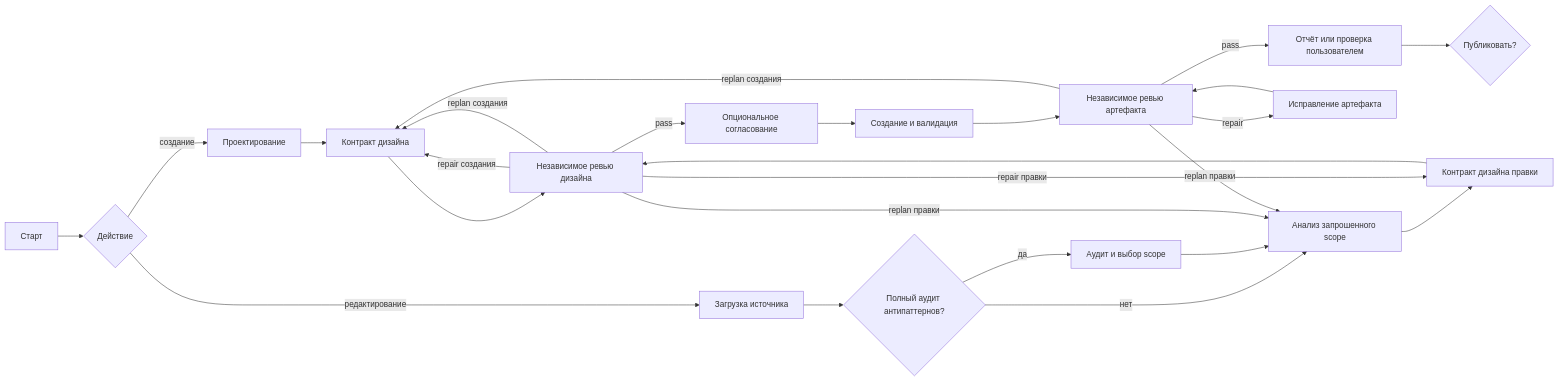
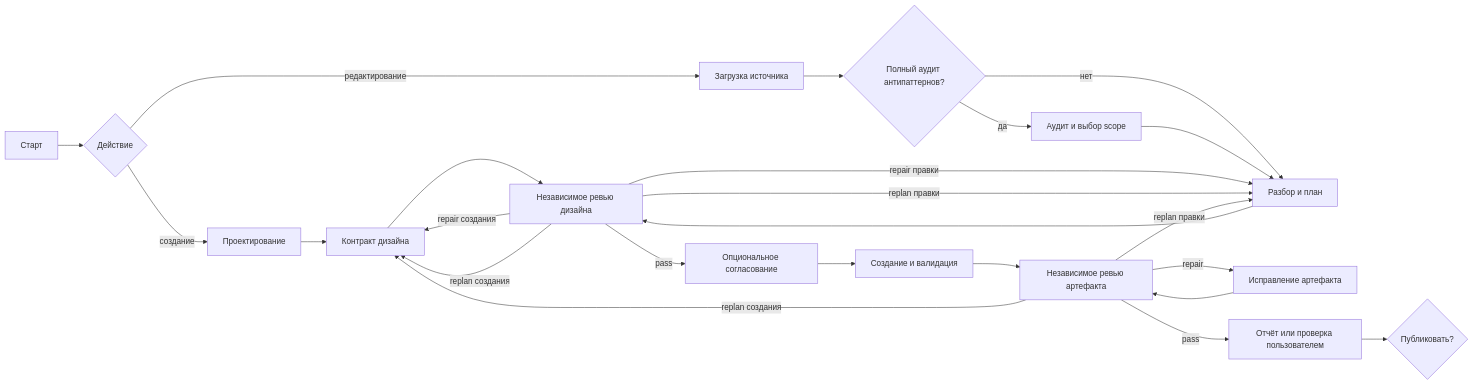
Before and after one commit to moira-mcp/moira: diagram 13 of 13 in packages/docs/src/content/docs/ru/docs/reference/workflow-templates.mdx, drawn with Mermaid. The commit also changed other lines of this file and 33 other files, not shown here.

````diff
--- a/packages/docs/src/content/docs/ru/docs/reference/workflow-templates.mdx
+++ b/packages/docs/src/content/docs/ru/docs/reference/workflow-templates.mdx
@@ -347,27 +347,26 @@
 ```mermaid
 flowchart LR
     A[Старт] --> B{Действие}
     B -->|создание| C[Проектирование]
     B -->|редактирование| D[Загрузка источника]
     D --> E{Полный аудит антипаттернов?}
     E -->|да| F[Аудит и выбор scope]
-    E -->|нет| G[Анализ запрошенного scope]
+    E -->|нет| G[Разбор и план]
     F --> G
     C --> H[Контракт дизайна]
-    G --> I[Контракт дизайна правки]
     H --> J[Независимое ревью дизайна]
-    I --> J
+    G --> J
     J -->|repair создания| H
-    J -->|repair правки| I
+    J -->|repair правки| G
     J -->|replan создания| H
     J -->|replan правки| G
     J -->|pass| K[Опциональное согласование]
     K --> L[Создание и валидация]
     L --> M[Независимое ревью артефакта]
     M -->|repair| P[Исправление артефакта]
     P --> M
     M -->|replan создания| H
     M -->|replan правки| G
     M -->|pass| N[Отчёт или проверка пользователем]
     N --> O{Публиковать?}
 ```
````
